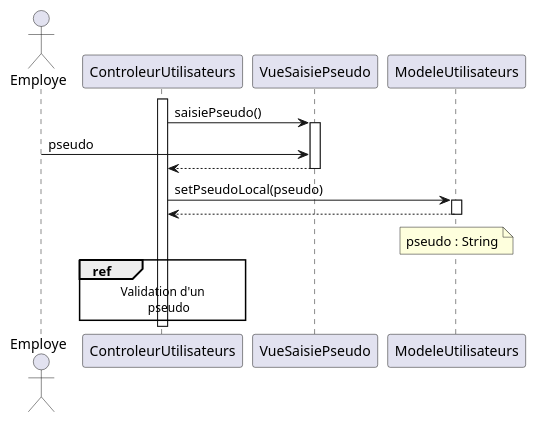
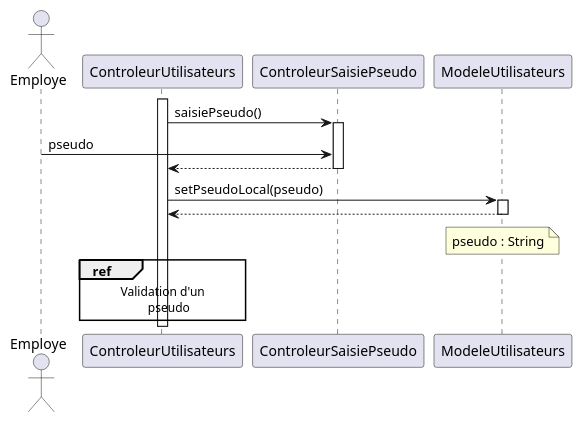
Before and after one commit to arc-hugo/clavardage_uml: the diagram in sequence/saisie_pseudo.wsd, drawn with PlantUML. The commit also changed 19 other files, not shown here.

Commit message:
version finale des diagrammes

```diff
--- a/sequence/saisie_pseudo.wsd
+++ b/sequence/saisie_pseudo.wsd
@@ -1,20 +1,20 @@
 @startuml saisie_pseudo
 actor Employe
 activate ControleurUtilisateurs
-ControleurUtilisateurs -> VueSaisiePseudo : saisiePseudo()
-activate VueSaisiePseudo
-Employe -> VueSaisiePseudo : pseudo
-VueSaisiePseudo --> ControleurUtilisateurs
-deactivate VueSaisiePseudo
+ControleurUtilisateurs -> ControleurSaisiePseudo : saisiePseudo()
+activate ControleurSaisiePseudo
+Employe -> ControleurSaisiePseudo : pseudo
+ControleurSaisiePseudo --> ControleurUtilisateurs
+deactivate ControleurSaisiePseudo
 ControleurUtilisateurs -> ModeleUtilisateurs : setPseudoLocal(pseudo)
 activate ModeleUtilisateurs
 ModeleUtilisateurs --> ControleurUtilisateurs
 deactivate ModeleUtilisateurs
 note over ModeleUtilisateurs
 pseudo : String
 end note
 ref over ControleurUtilisateurs
     Validation d'un
         pseudo
 end ref
 @enduml
```
